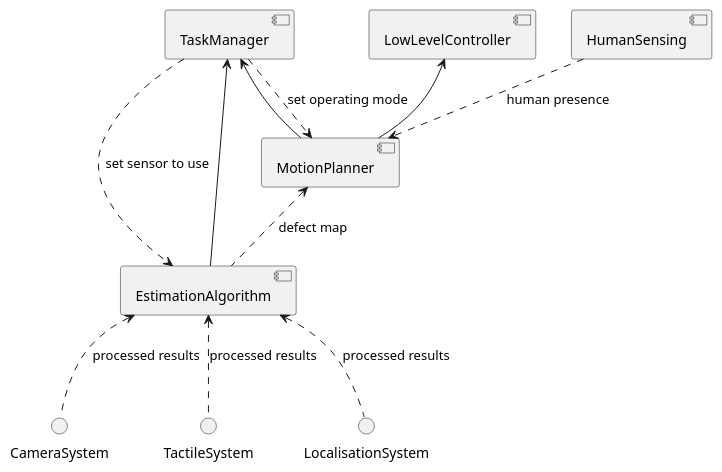
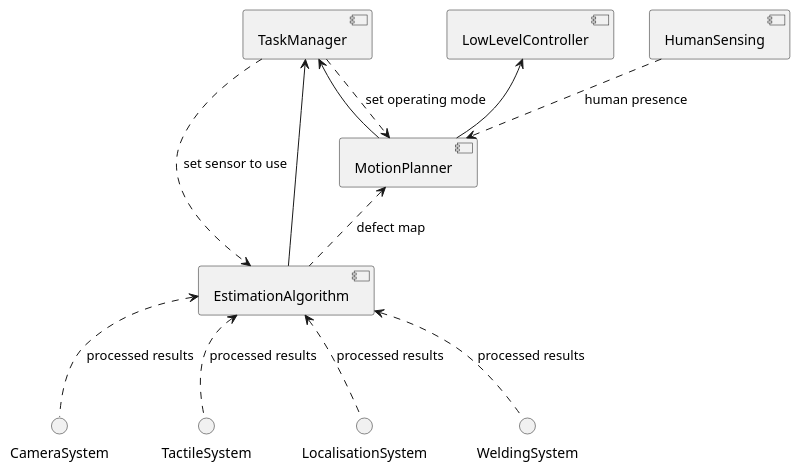
The second of 6 diagrams in framework.md (magician-project/magician-project), drawn with PlantUML before and after one commit. The commit also changed other lines of this file, not shown here.

First line of the commit message:
Added Welding system interface prototype

````diff
--- a/framework.md
+++ b/framework.md
@@ -81,18 +81,19 @@
 ```{plantuml}
 :width: 700px
 @startuml
 CameraSystem .up.> [EstimationAlgorithm]: processed results
 TactileSystem .up.> [EstimationAlgorithm]: processed results
 LocalisationSystem .up.> [EstimationAlgorithm]: processed results
+WeldingSystem .up.> [EstimationAlgorithm]: processed results
 
 [EstimationAlgorithm] .up.> [MotionPlanner]: defect map
 [EstimationAlgorithm] -up-> [TaskManager]
 [MotionPlanner] -down-> [TaskManager]
 [TaskManager] ..> [EstimationAlgorithm]: set sensor to use
 [TaskManager] ..> [MotionPlanner]: set operating mode
 [LowLevelController] <-- [MotionPlanner]
 [HumanSensing] ..> [MotionPlanner]: human presence
 
 }
 @enduml
 ```
````
